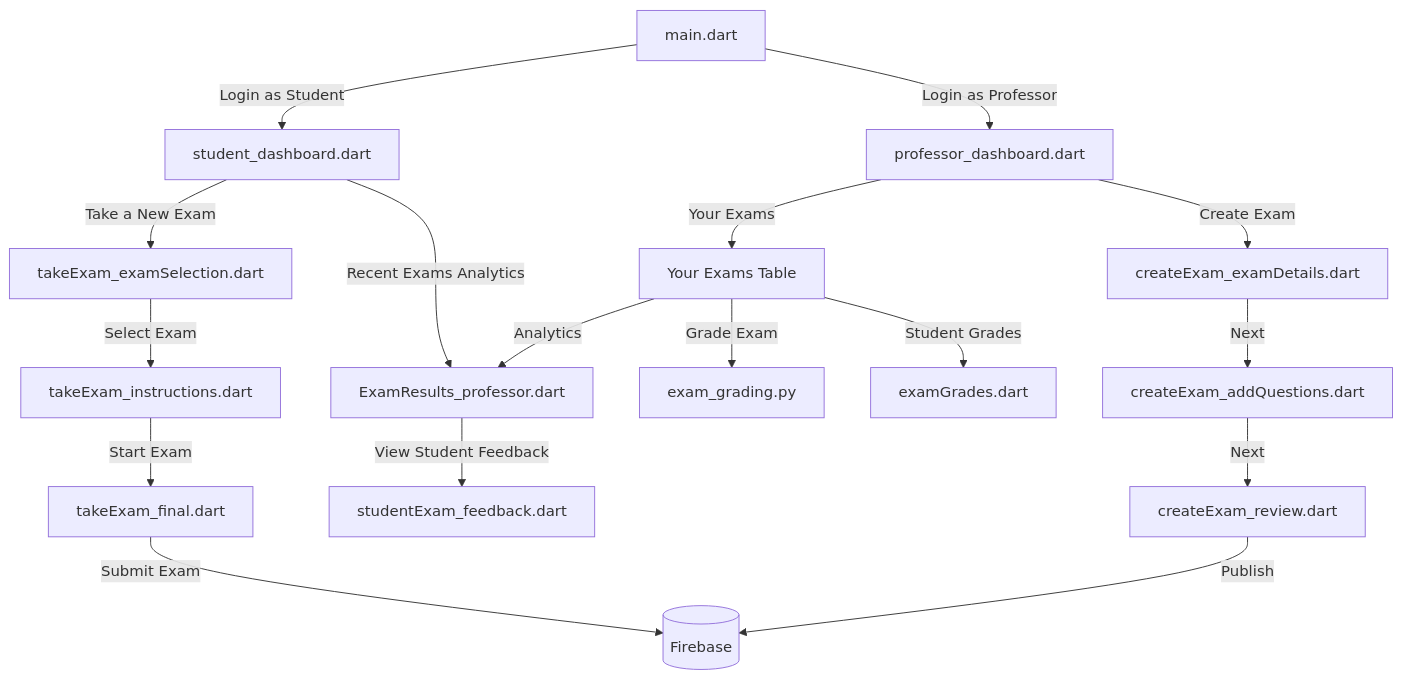
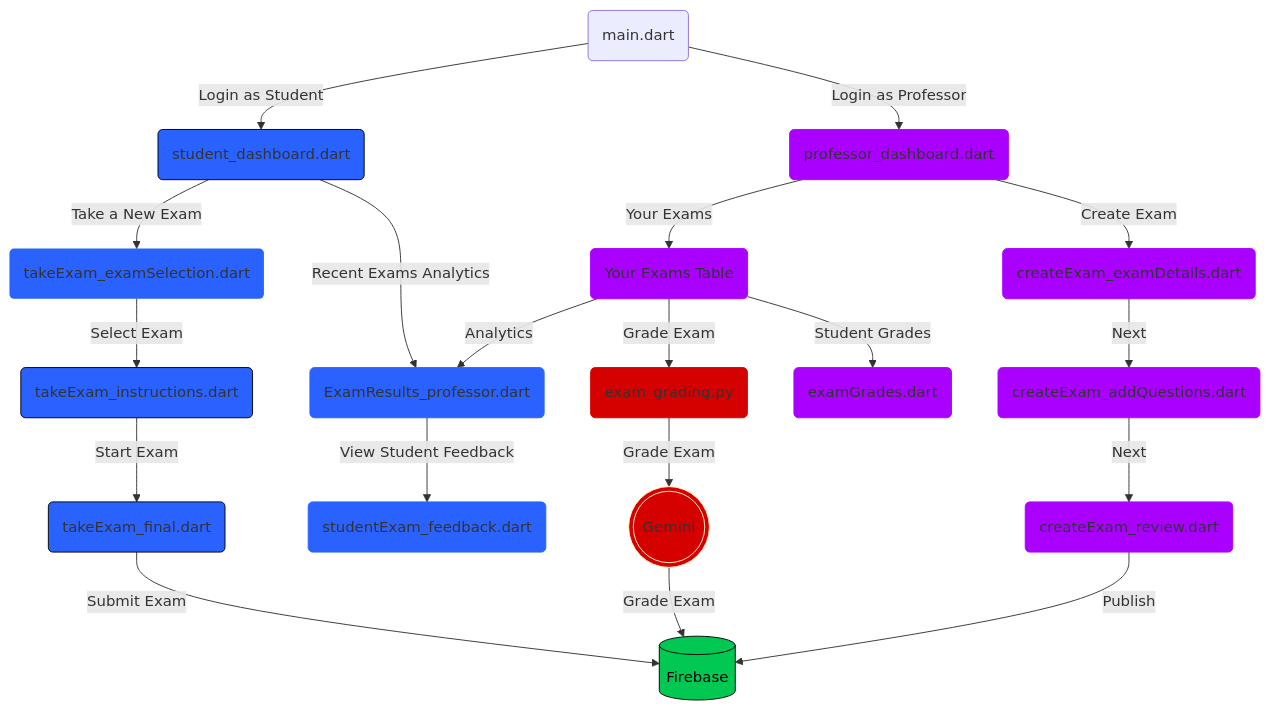
Before and after one commit to miniquinox/ExamAi-Flutter: the diagram in README.md, drawn with Mermaid.

Commit message:
added color

````diff
--- a/README.md
+++ b/README.md
@@ -42,19 +42,38 @@
 ```mermaid
 flowchart TD
-    A[main.dart] -->|Login as Student| B[student_dashboard.dart]
-    A[main.dart] -->|Login as Professor| C[professor_dashboard.dart]
-    B[student_dashboard.dart] -->|Take a New Exam| D[takeExam_examSelection.dart]
-    B[student_dashboard.dart] -->|Recent Exams Analytics| I[ExamResults_professor.dart]
-    D[takeExam_examSelection.dart] -->|Select Exam| F[takeExam_instructions.dart]
-    F[takeExam_instructions.dart] -->|Start Exam| G[takeExam_final.dart]
-    G[takeExam_final.dart] -->|Submit Exam| H[(Firebase)]
-    I[ExamResults_professor.dart] -->|View Student Feedback| J[studentExam_feedback.dart]
-    C[professor_dashboard.dart] -->|Your Exams| K[Your Exams Table]
-    C[professor_dashboard.dart] -->|Create Exam| L[createExam_examDetails.dart]
-    K[Your Exams Table] -->|Grade Exam| M[exam_grading.py]
-    K[Your Exams Table] -->|Analytics| I[ExamResults_professor.dart]
-    K[Your Exams Table] -->|Student Grades| N[examGrades.dart]
-    L[createExam_examDetails.dart] -->|Next| O[createExam_addQuestions.dart]
-    O[createExam_addQuestions.dart] -->|Next| P[createExam_review.dart]
-    P[createExam_review.dart] -->|Publish| H[(Firebase)]
+    A("main.dart") -- Login as Student --> B("student_dashboard.dart")
+    A -- Login as Professor --> C("professor_dashboard.dart")
+    B -- Take a New Exam --> D("takeExam_examSelection.dart")
+    B -- Recent Exams Analytics --> I("ExamResults_professor.dart")
+    D -- Select Exam --> F("takeExam_instructions.dart")
+    F -- Start Exam --> G("takeExam_final.dart")
+    G -- Submit Exam --> H[("Firebase")]
+    I -- View Student Feedback --> J("studentExam_feedback.dart")
+    C -- Your Exams --> K("Your Exams Table")
+    C -- Create Exam --> L("createExam_examDetails.dart")
+    K -- Grade Exam --> M("exam_grading.py")
+    M -- Grade Exam --> W((("Gemini")))
+    W -- Grade Exam --> H
+    K -- Analytics --> I
+    K -- Student Grades --> N("examGrades.dart")
+    L -- Next --> O("createExam_addQuestions.dart")
+    O -- Next --> P("createExam_review.dart")
+    P -- Publish --> H
+    style B stroke:#000000,fill:#2962FF
+    style C stroke:#AA00FF,fill:#AA00FF
+    style D stroke:none,fill:#2962FF
+    style I stroke:#2962FF,fill:#2962FF
+    style F stroke:#000000,fill:#2962FF
+    style G stroke:#000000,fill:#2962FF
+    style H stroke:#000000,fill:#00C853,color:#000000
+    style J stroke:#2962FF,fill:#2962FF
+    style K stroke:#AA00FF,fill:#AA00FF
+    style L stroke:#AA00FF,fill:#AA00FF
+    style M stroke:#D50000,fill:#D50000
+    style W stroke:#FFF9C4,fill:#D50000
+    style N stroke:#AA00FF,fill:#AA00FF
+    style O stroke:#AA00FF,fill:#AA00FF
+    style P stroke:#AA00FF,fill:#AA00FF
+
+
 ```
````
